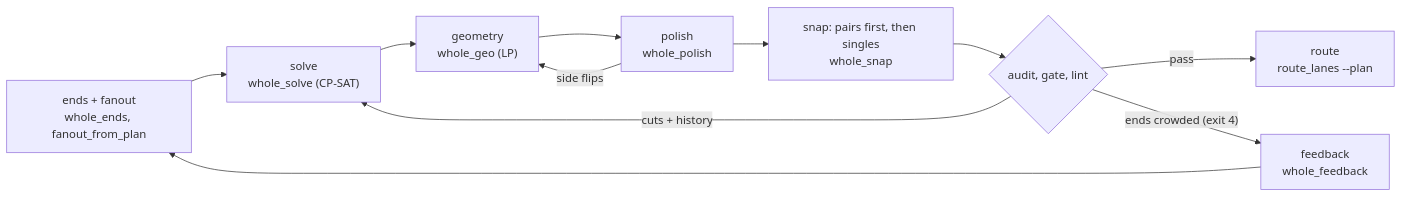
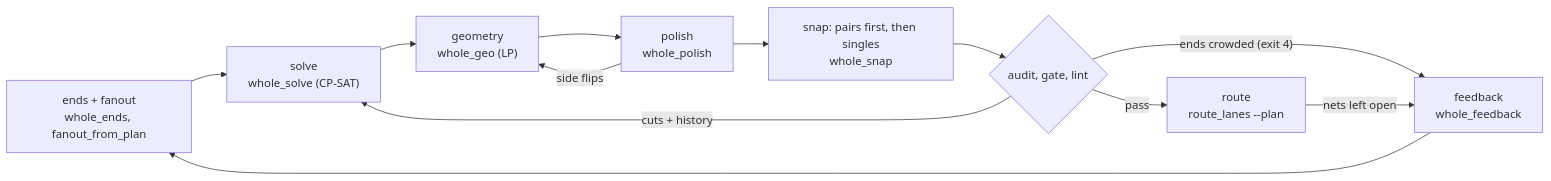
The diagram in awx/README.md (Suke0811/KiCadRoutingTools), drawn with Mermaid before and after one commit. The commit also changed other lines of this file and 6 other files, not shown here.

````diff
--- a/awx/README.md
+++ b/awx/README.md
@@ -341,13 +322,14 @@
 ```mermaid
 flowchart LR
     E["ends + fanout<br/>whole_ends, fanout_from_plan"] --> S["solve<br/>whole_solve (CP-SAT)"]
     S --> G["geometry<br/>whole_geo (LP)"]
     G --> P["polish<br/>whole_polish"]
     P -- "side flips" --> G
     P --> N["snap: pairs first, then singles<br/>whole_snap"]
     N --> A{"audit, gate, lint"}
     A -- "pass" --> R["route<br/>route_lanes --plan"]
     A -- "cuts + history" --> S
     A -- "ends crowded (exit 4)" --> F["feedback<br/>whole_feedback"]
+    R -- "nets left open" --> F
     F --> E
 ```
````
